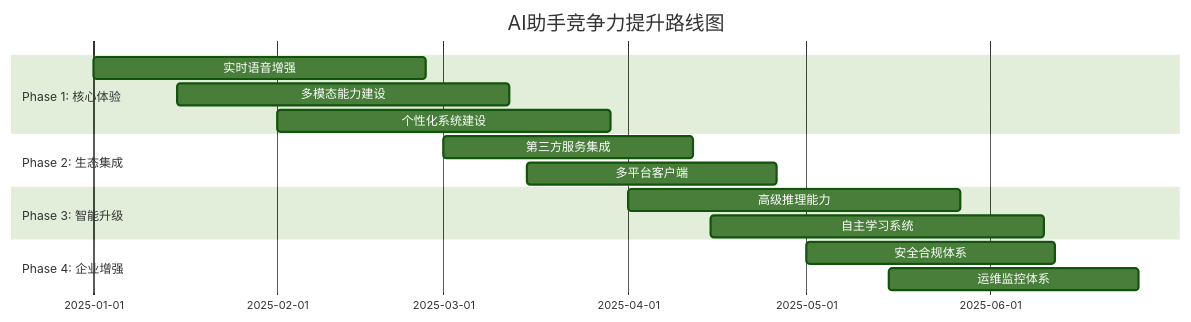
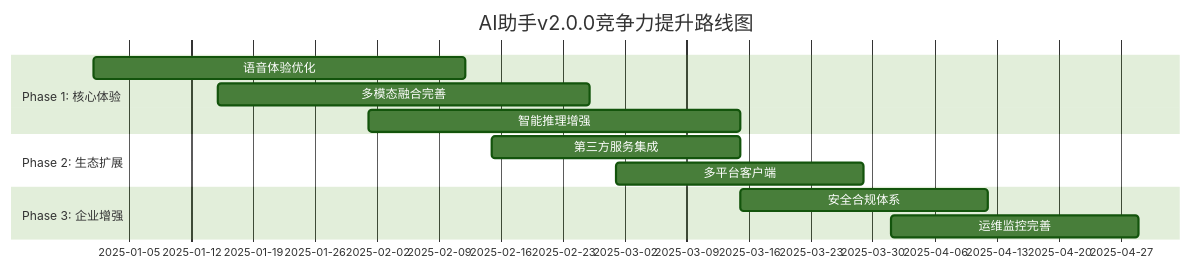
One commit to haoyunlt/voicehelper changed the diagram in docs/INDUSTRY_COMPARISON_REPORT.md. Above: the diagram before and after it, drawn with Mermaid (forest theme). The commit also changed other lines of this file and 3 other files, not shown here.

````diff
--- a/docs/INDUSTRY_COMPARISON_REPORT.md
+++ b/docs/INDUSTRY_COMPARISON_REPORT.md
@@ -466,18 +388,15 @@
 ```mermaid
 gantt
-    title AI助手竞争力提升路线图
+    title AI助手v2.0.0竞争力提升路线图
     dateFormat  YYYY-MM-DD
     section Phase 1: 核心体验
-    实时语音增强       :2025-01-01, 8w
-    多模态能力建设     :2025-01-15, 8w
-    个性化系统建设     :2025-02-01, 8w
-    section Phase 2: 生态集成
-    第三方服务集成     :2025-03-01, 6w
-    多平台客户端       :2025-03-15, 6w
-    section Phase 3: 智能升级
-    高级推理能力       :2025-04-01, 8w
-    自主学习系统       :2025-04-15, 8w
-    section Phase 4: 企业增强
-    安全合规体系       :2025-05-01, 6w
-    运维监控体系       :2025-05-15, 6w
+    语音体验优化       :2025-01-01, 6w
+    多模态融合完善     :2025-01-15, 6w
+    智能推理增强       :2025-02-01, 6w
+    section Phase 2: 生态扩展
+    第三方服务集成     :2025-02-15, 4w
+    多平台客户端       :2025-03-01, 4w
+    section Phase 3: 企业增强
+    安全合规体系       :2025-03-15, 4w
+    运维监控完善       :2025-04-01, 4w
 ```
````
